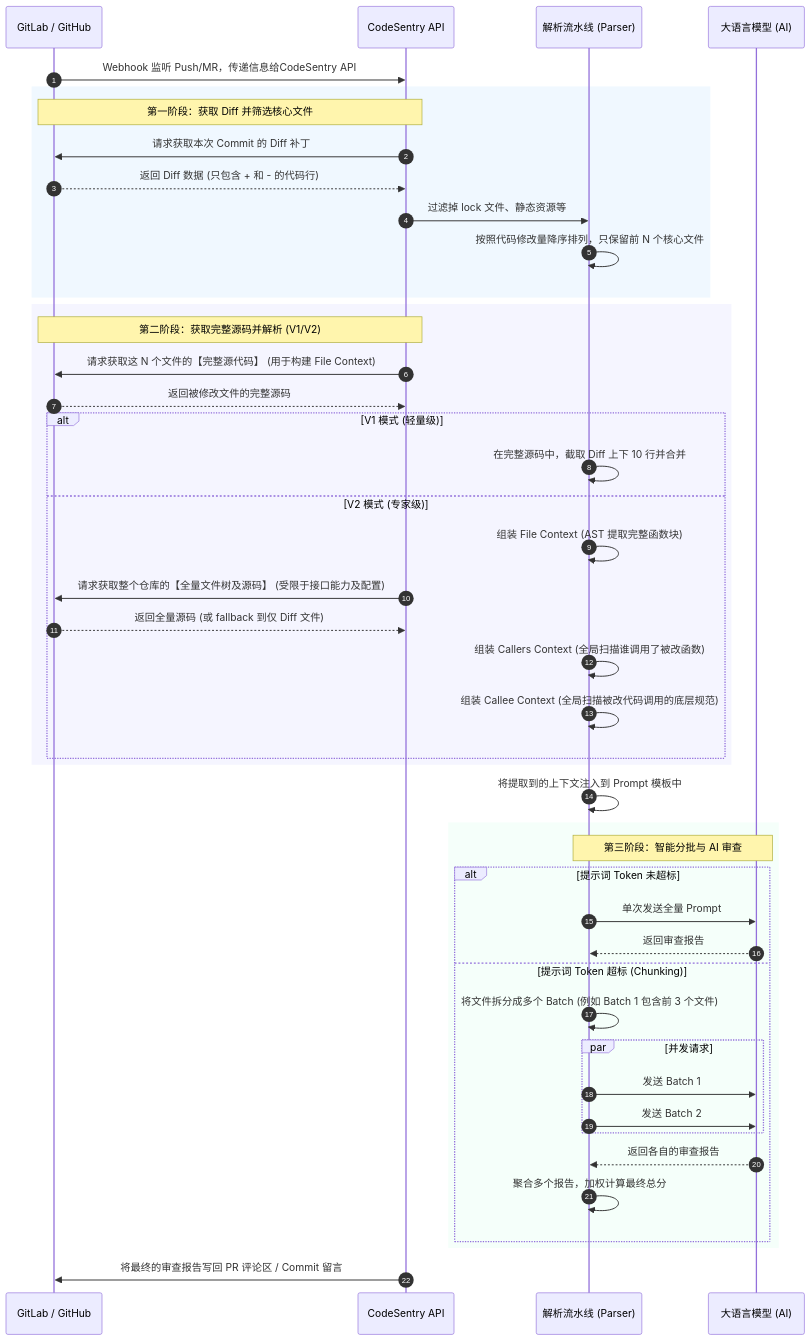
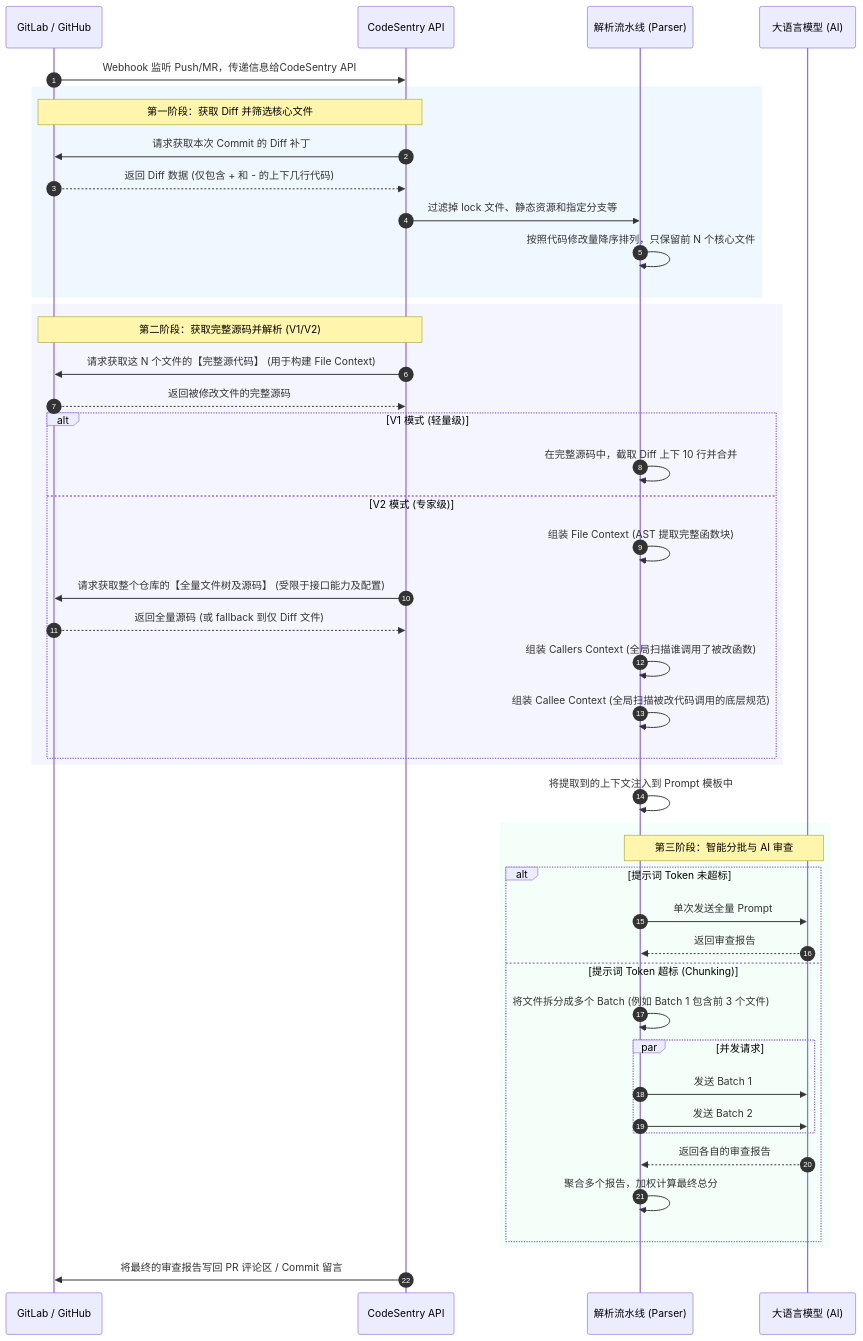
One commit to Li71226006/code_review changed the diagram in README.md. Above: the diagram before and after it, drawn with Mermaid. The commit also changed other lines of this file, not shown here.

````diff
--- a/README.md
+++ b/README.md
@@ -26,54 +26,54 @@
 ```mermaid
 sequenceDiagram
     autonumber
     participant Git as GitLab / GitHub
     participant Webhook as CodeSentry API
     participant Parser as 解析流水线 (Parser)
     participant LLM as 大语言模型 (AI)
 
     Git->>Webhook: Webhook 监听 Push/MR，传递信息给CodeSentry API
     
     rect rgb(240, 248, 255)
         Note over Webhook, Git: 第一阶段：获取 Diff 并筛选核心文件
         Webhook->>Git: 请求获取本次 Commit 的 Diff 补丁
-        Git-->>Webhook: 返回 Diff 数据 (只包含 + 和 - 的代码行)
-        Webhook->>Parser: 过滤掉 lock 文件、静态资源等
+        Git-->>Webhook: 返回 Diff 数据 (仅包含 + 和 - 的上下几行代码)
+        Webhook->>Parser: 过滤掉 lock 文件、静态资源和指定分支等
         Parser->>Parser: 按照代码修改量降序排列，只保留前 N 个核心文件
     end
 
     rect rgb(245, 245, 255)
         Note over Webhook, Git: 第二阶段：获取完整源码并解析 (V1/V2)
         Webhook->>Git: 请求获取这 N 个文件的【完整源代码】 (用于构建 File Context)
         Git-->>Webhook: 返回被修改文件的完整源码
         
         alt V1 模式 (轻量级)
             Parser->>Parser: 在完整源码中，截取 Diff 上下 10 行并合并
         else V2 模式 (专家级)
             Parser->>Parser: 组装 File Context (AST 提取完整函数块)
             Webhook->>Git: 请求获取整个仓库的【全量文件树及源码】 (受限于接口能力及配置)
             Git-->>Webhook: 返回全量源码 (或 fallback 到仅 Diff 文件)
             Parser->>Parser: 组装 Callers Context (全局扫描谁调用了被改函数)
             Parser->>Parser: 组装 Callee Context (全局扫描被改代码调用的底层规范)
         end
     end
 
     Parser->>Parser: 将提取到的上下文注入到 Prompt 模板中
 
     rect rgb(245, 255, 250)
         Note over Parser, LLM: 第三阶段：智能分批与 AI 审查
         alt 提示词 Token 未超标
             Parser->>LLM: 单次发送全量 Prompt
             LLM-->>Parser: 返回审查报告
         else 提示词 Token 超标 (Chunking)
             Parser->>Parser: 将文件拆分成多个 Batch (例如 Batch 1 包含前 3 个文件)
             par 并发请求
                 Parser->>LLM: 发送 Batch 1
                 Parser->>LLM: 发送 Batch 2
             end
             LLM-->>Parser: 返回各自的审查报告
             Parser->>Parser: 聚合多个报告，加权计算最终总分
         end
     end
 
     Webhook->>Git: 将最终的审查报告写回 PR 评论区 / Commit 留言
 ```
````
